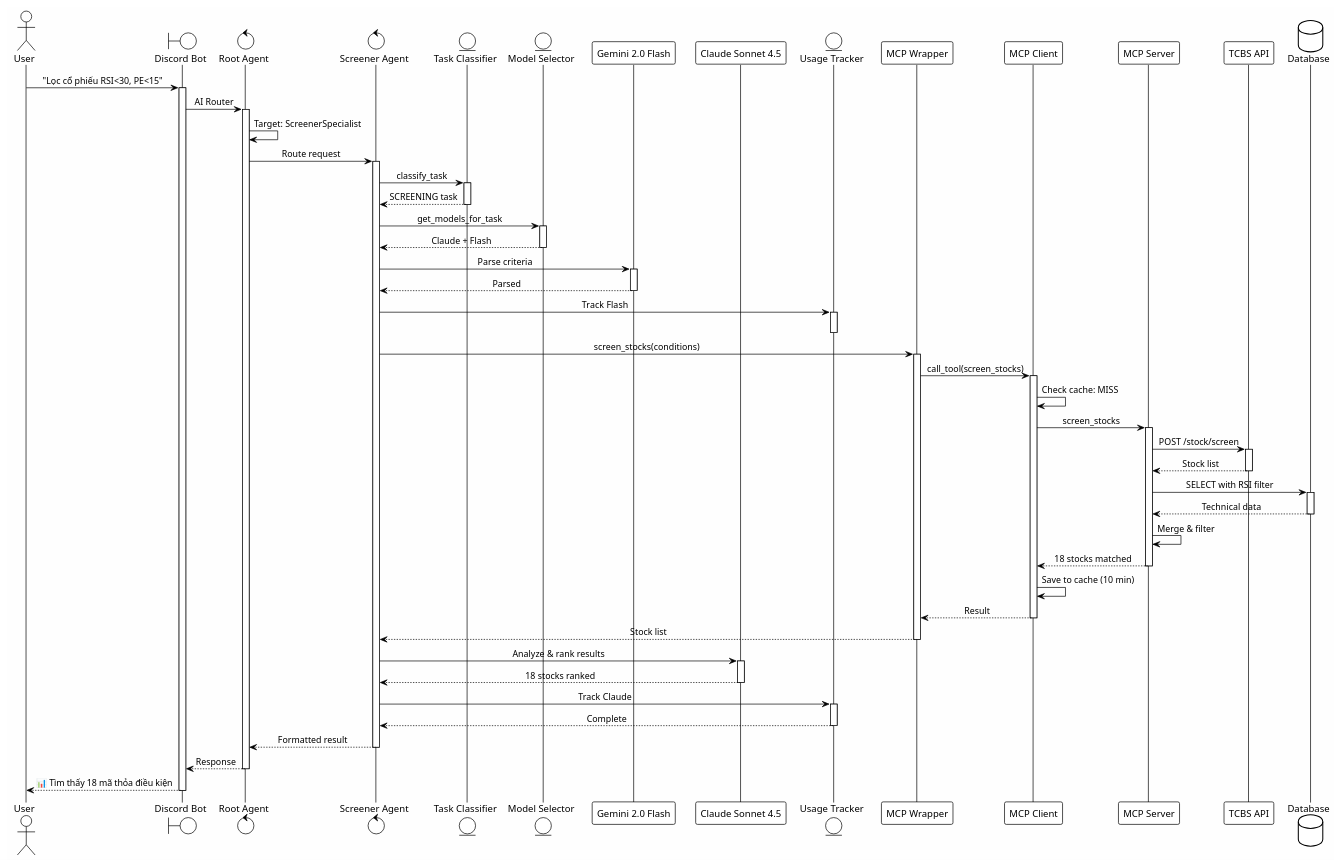
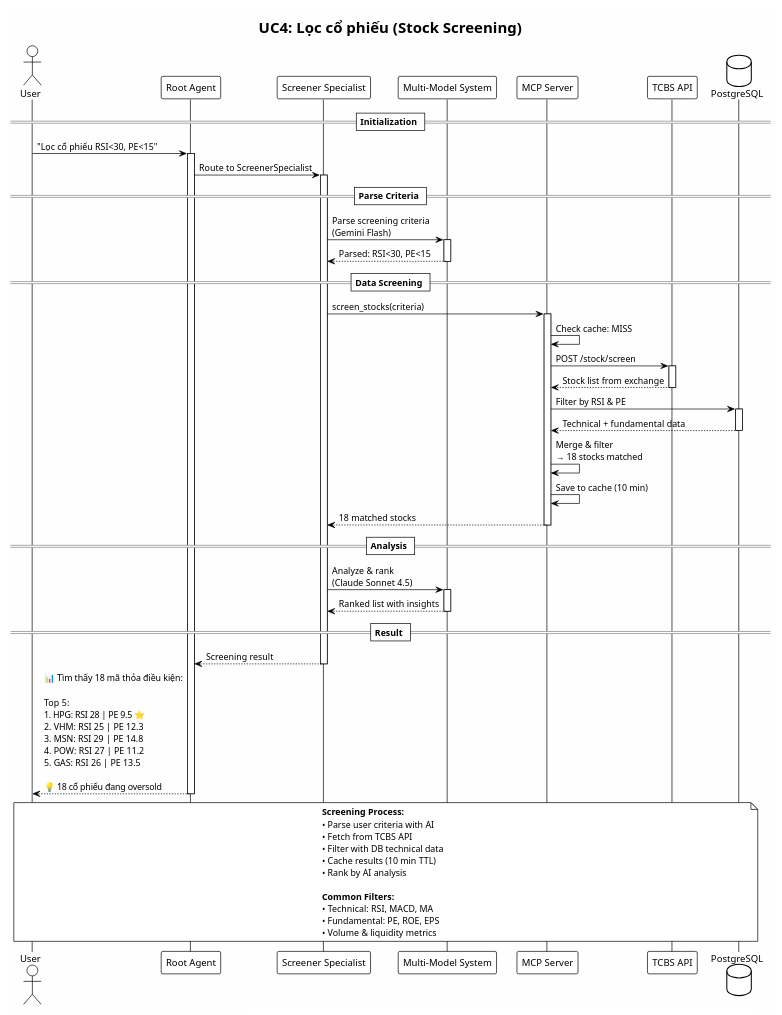
One commit to GiangNV-HUST/DATN changed the diagram in diagrams/sources/sequence_diagrams/sequence_uc4_loc_co_phieu.puml. Above: the diagram before and after it, drawn with PlantUML. The commit also changed other lines of this file and 9 other files, not shown here.

First line of the commit message:
refactor: Optimize 5 additional complex sequence diagrams

```diff
--- a/diagrams/sources/sequence_diagrams/sequence_uc4_loc_co_phieu.puml
+++ b/diagrams/sources/sequence_diagrams/sequence_uc4_loc_co_phieu.puml
@@ -1,103 +2,75 @@
 @startuml sequence_uc4_loc_co_phieu
 !theme plain
 skinparam backgroundColor #FEFEFE
-skinparam sequenceMessageAlign center
 skinparam shadowing false
+skinparam defaultFontName "Times New Roman"
+
+title UC4: Lọc cổ phiếu (Stock Screening)
 
 actor User
-boundary "Discord Bot" as Bot
-control "Root Agent" as Root
-control "Screener Agent" as Screener
-entity "Task Classifier" as Classifier
-entity "Model Selector" as Selector
-participant "Gemini 2.0 Flash" as Flash
-participant "Claude Sonnet 4.5" as Claude
-entity "Usage Tracker" as Tracker
-participant "MCP Wrapper" as Wrapper
-participant "MCP Client" as Client
-participant "MCP Server" as Server
+participant "Root Agent" as Root
+participant "Screener Specialist" as Screener
+participant "Multi-Model System" as Models
+participant "MCP Server" as MCP
 participant "TCBS API" as TCBS
-database "Database" as DB
+database "PostgreSQL" as DB
 
-User -> Bot: "Lọc cổ phiếu RSI<30, PE<15"
-activate Bot
-
-Bot -> Root: AI Router
+== Initialization ==
+User -> Root: "Lọc cổ phiếu RSI<30, PE<15"
 activate Root
-Root -> Root: Target: ScreenerSpecialist
-
-Root -> Screener: Route request
+Root -> Screener: Route to ScreenerSpecialist
 activate Screener
 
-Screener -> Classifier: classify_task
-activate Classifier
-Classifier --> Screener: SCREENING task
-deactivate Classifier
+== Parse Criteria ==
+Screener -> Models: Parse screening criteria\n(Gemini Flash)
+activate Models
+Models --> Screener: Parsed: RSI<30, PE<15
+deactivate Models
 
-Screener -> Selector: get_models_for_task
-activate Selector
-Selector --> Screener: Claude + Flash
-deactivate Selector
+== Data Screening ==
+Screener -> MCP: screen_stocks(criteria)
+activate MCP
+MCP -> MCP: Check cache: MISS
 
-Screener -> Flash: Parse criteria
-activate Flash
-Flash --> Screener: Parsed
-deactivate Flash
-
-Screener -> Tracker: Track Flash
-activate Tracker
-deactivate Tracker
-
-Screener -> Wrapper: screen_stocks(conditions)
-activate Wrapper
-
-Wrapper -> Client: call_tool(screen_stocks)
-activate Client
-Client -> Client: Check cache: MISS
-
-Client -> Server: screen_stocks
-activate Server
-
-Server -> TCBS: POST /stock/screen
+MCP -> TCBS: POST /stock/screen
 activate TCBS
-TCBS --> Server: Stock list
+TCBS --> MCP: Stock list from exchange
 deactivate TCBS
 
-Server -> DB: SELECT with RSI filter
+MCP -> DB: Filter by RSI & PE
 activate DB
-DB --> Server: Technical data
+DB --> MCP: Technical + fundamental data
 deactivate DB
 
-Server -> Server: Merge & filter
+MCP -> MCP: Merge & filter\n→ 18 stocks matched
+MCP -> MCP: Save to cache (10 min)
+MCP --> Screener: 18 matched stocks
+deactivate MCP
 
-Server --> Client: 18 stocks matched
-deactivate Server
+== Analysis ==
+Screener -> Models: Analyze & rank\n(Claude Sonnet 4.5)
+activate Models
+Models --> Screener: Ranked list with insights
+deactivate Models
 
-Client -> Client: Save to cache (10 min)
-
-Client --> Wrapper: Result
-deactivate Client
-
-Wrapper --> Screener: Stock list
-deactivate Wrapper
-
-Screener -> Claude: Analyze & rank results
-activate Claude
-Claude --> Screener: 18 stocks ranked
-deactivate Claude
-
-Screener -> Tracker: Track Claude
-activate Tracker
-Tracker --> Screener: Complete
-deactivate Tracker
-
-Screener --> Root: Formatted result
+== Result ==
+Screener --> Root: Screening result
 deactivate Screener
-
-Root --> Bot: Response
+Root --> User: 📊 Tìm thấy 18 mã thỏa điều kiện:\n\nTop 5:\n1. HPG: RSI 28 | PE 9.5 ⭐\n2. VHM: RSI 25 | PE 12.3\n3. MSN: RSI 29 | PE 14.8\n4. POW: RSI 27 | PE 11.2\n5. GAS: RSI 26 | PE 13.5\n\n💡 18 cổ phiếu đang oversold
 deactivate Root
 
-Bot --> User: 📊 Tìm thấy 18 mã thỏa điều kiện
-deactivate Bot
+note over User, DB
+  **Screening Process:**
+  • Parse user criteria with AI
+  • Fetch from TCBS API
+  • Filter with DB technical data
+  • Cache results (10 min TTL)
+  • Rank by AI analysis
+
+  **Common Filters:**
+  • Technical: RSI, MACD, MA
+  • Fundamental: PE, ROE, EPS
+  • Volume & liquidity metrics
+end note
 
 @enduml
```
